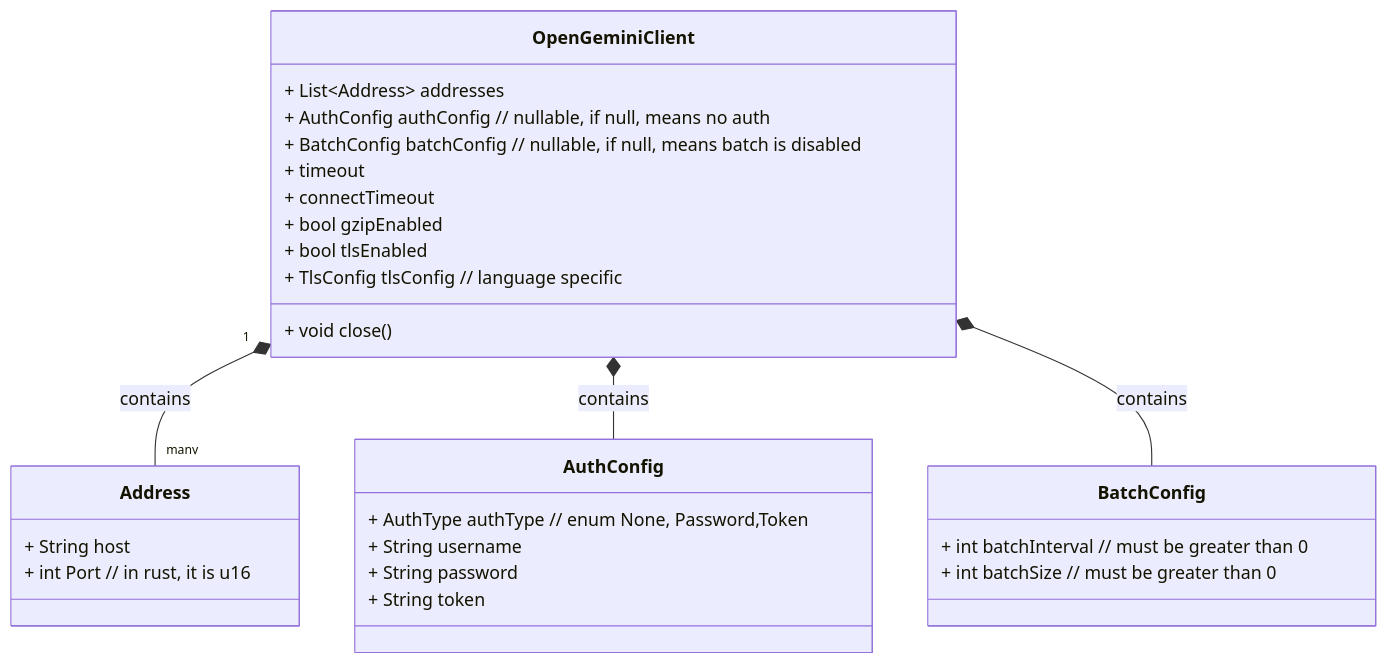
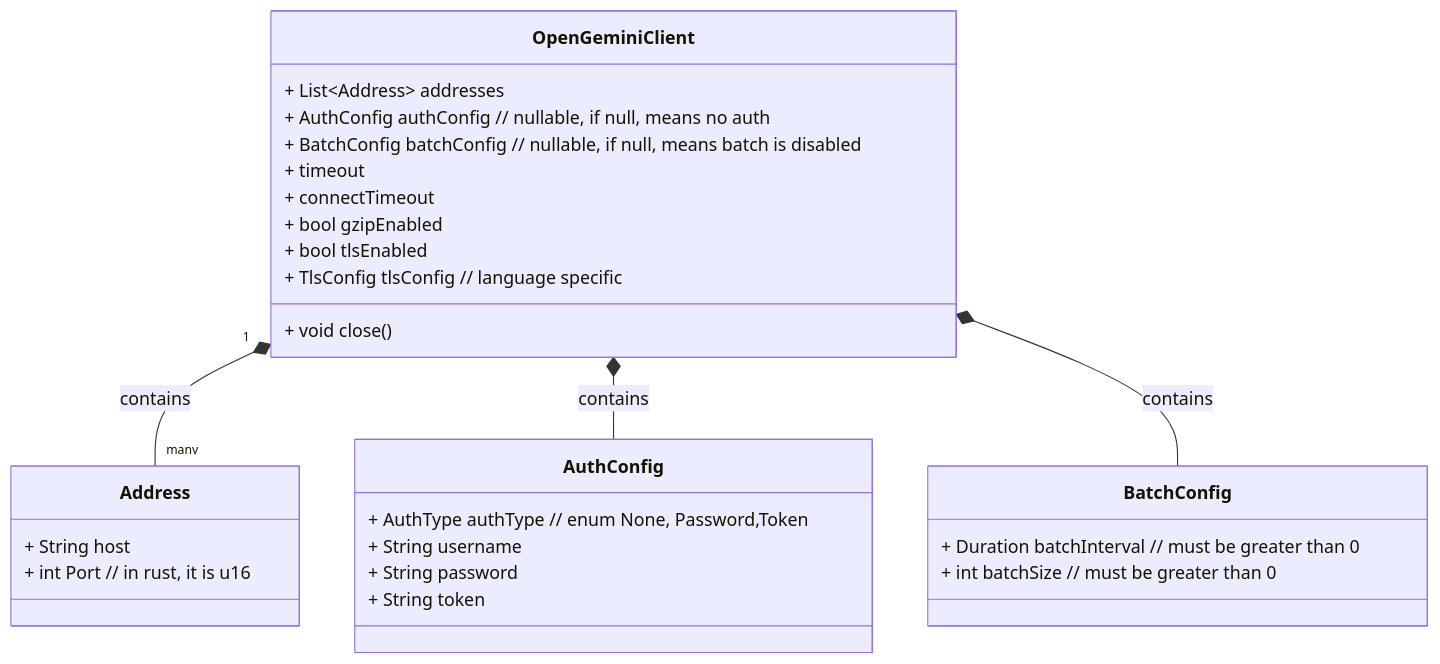
The first of 8 diagrams in source/_posts/opengemini/opengemini-sdk-design.md (hezhangjian/hezhangjian.github.io), drawn with Mermaid before and after one commit.

Commit message:
change batchInterval type from int to duration

````diff
--- a/source/_posts/opengemini/opengemini-sdk-design.md
+++ b/source/_posts/opengemini/opengemini-sdk-design.md
@@ -26,35 +26,35 @@
 ```mermaid
 classDiagram
     class OpenGeminiClient {
         + List~Address~ addresses
         + AuthConfig authConfig // nullable, if null, means no auth
         + BatchConfig batchConfig // nullable, if null, means batch is disabled
         + timeout
         + connectTimeout
         + bool gzipEnabled
         + bool tlsEnabled
         + TlsConfig tlsConfig // language specific
         + void close()
     }
     
     class Address {
         + String host
         + int Port // in rust, it is u16
     }
     
     class AuthConfig {
         + AuthType authType // enum None, Password,Token
         + String username
         + String password
         + String token
     }
     
     class BatchConfig {
-        + int batchInterval // must be greater than 0
+        + Duration batchInterval // must be greater than 0
         + int batchSize // must be greater than 0
     }
 
     OpenGeminiClient "1" *-- "many" Address : contains
     OpenGeminiClient *-- AuthConfig : contains
     OpenGeminiClient *-- BatchConfig : contains
 ```
````
